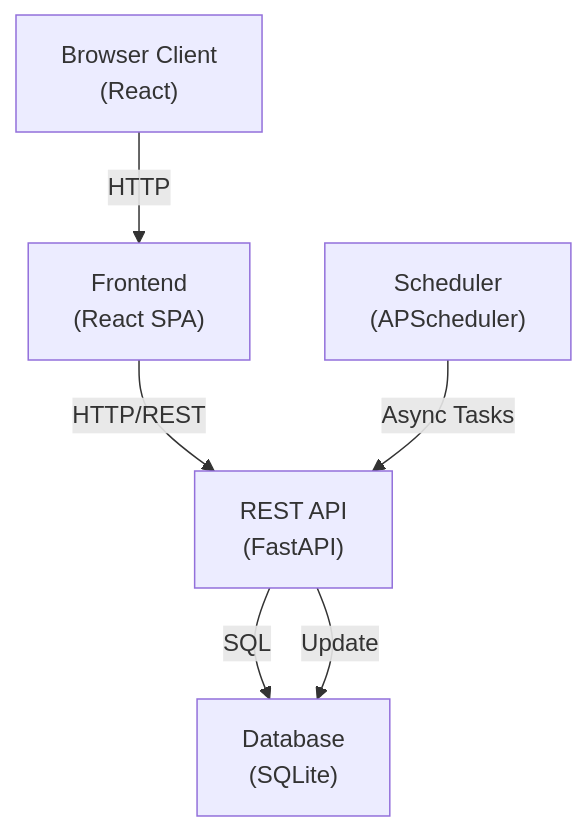
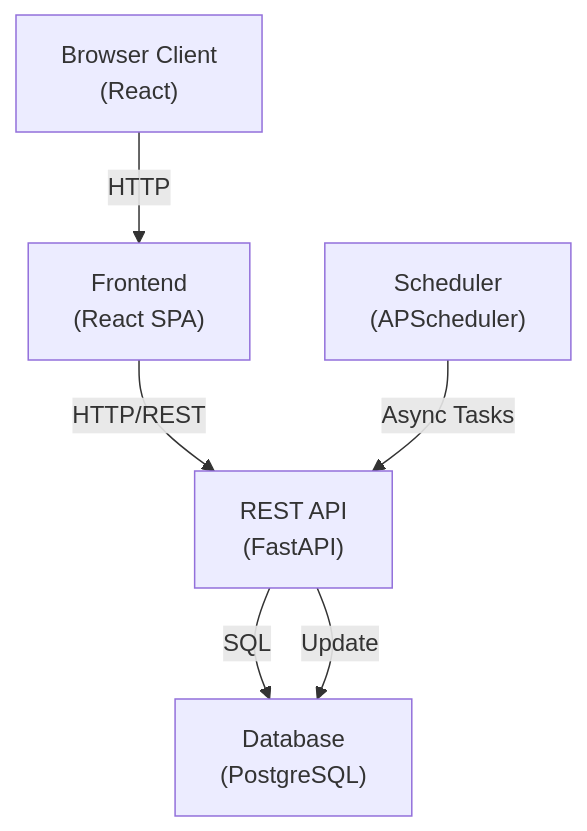
The first of 13 diagrams in docs/ARCHITECTURE.md (derekwinters/chores-web), drawn with Mermaid before and after one commit. The commit also changed other lines of this file and 8 other files, not shown here.

````diff
--- a/docs/ARCHITECTURE.md
+++ b/docs/ARCHITECTURE.md
@@ -5,14 +5,14 @@
 ```mermaid
 graph TB
     Client["Browser Client<br/>(React)"]
     Frontend["Frontend<br/>(React SPA)"]
     API["REST API<br/>(FastAPI)"]
-    DB["Database<br/>(SQLite)"]
+    DB["Database<br/>(PostgreSQL)"]
     Scheduler["Scheduler<br/>(APScheduler)"]
     
     Client -->|HTTP| Frontend
     Frontend -->|HTTP/REST| API
     API -->|SQL| DB
     Scheduler -->|Async Tasks| API
     API -->|Update| DB
 ```
````
